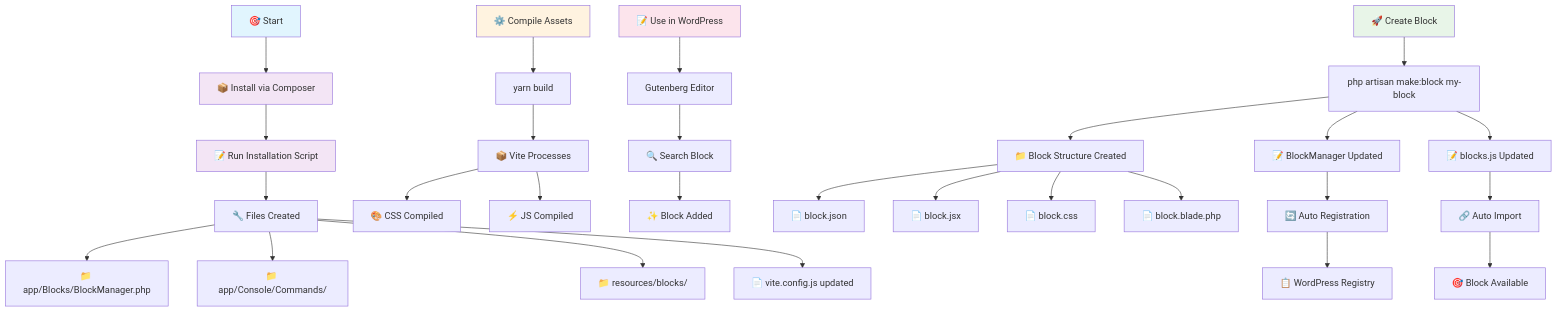
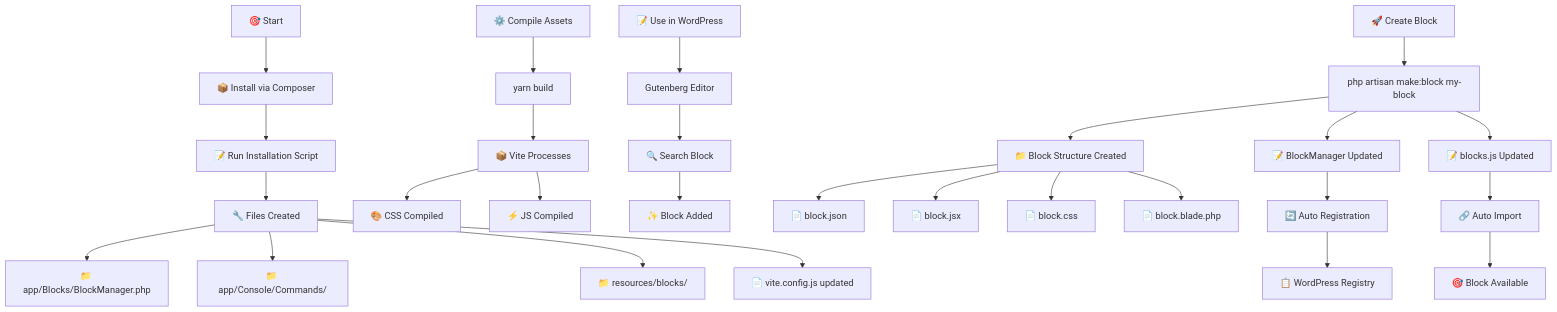
The diagram in README.md (Juliojar4/Auto-Blocks), drawn with Mermaid before and after one commit.

Commit message:
Update the .md

````diff
--- a/README.md
+++ b/README.md
@@ -7,42 +7,37 @@
 ```mermaid
 graph TD
     A[🎯 Start] --> B[📦 Install via Composer]
     B --> C[📝 Run Installation Script]
     C --> D[🔧 Files Created]
 
     D --> E[📁 app/Blocks/BlockManager.php]
     D --> F[📁 app/Console/Commands/]
     D --> G[📁 resources/blocks/]
     D --> H[📄 vite.config.js updated]
 
     I[🚀 Create Block] --> J[php artisan make:block my-block]
     J --> K[📁 Block Structure Created]
     J --> L[📝 BlockManager Updated]
     J --> M[📝 blocks.js Updated]
 
     K --> N[📄 block.json]
     K --> O[📄 block.jsx]
     K --> P[📄 block.css]
     K --> Q[📄 block.blade.php]
 
     R[⚙️ Compile Assets] --> S[yarn build]
     S --> T[📦 Vite Processes]
     T --> U[🎨 CSS Compiled]
     T --> V[⚡ JS Compiled]
 
     W[📝 Use in WordPress] --> X[Gutenberg Editor]
     X --> Y[🔍 Search Block]
     Y --> Z[✨ Block Added]
 
     L --> AA[🔄 Auto Registration]
     M --> BB[🔗 Auto Import]
     AA --> CC[📋 WordPress Registry]
     BB --> DD[🎯 Block Available]
 
-    style A fill:#e1f5fe
-    style B fill:#f3e5f5
-    style C fill:#f3e5f5
-    style I fill:#e8f5e8
-    style R fill:#fff3e0
-    style W fill:#fce4ec
+     
 ```
````
